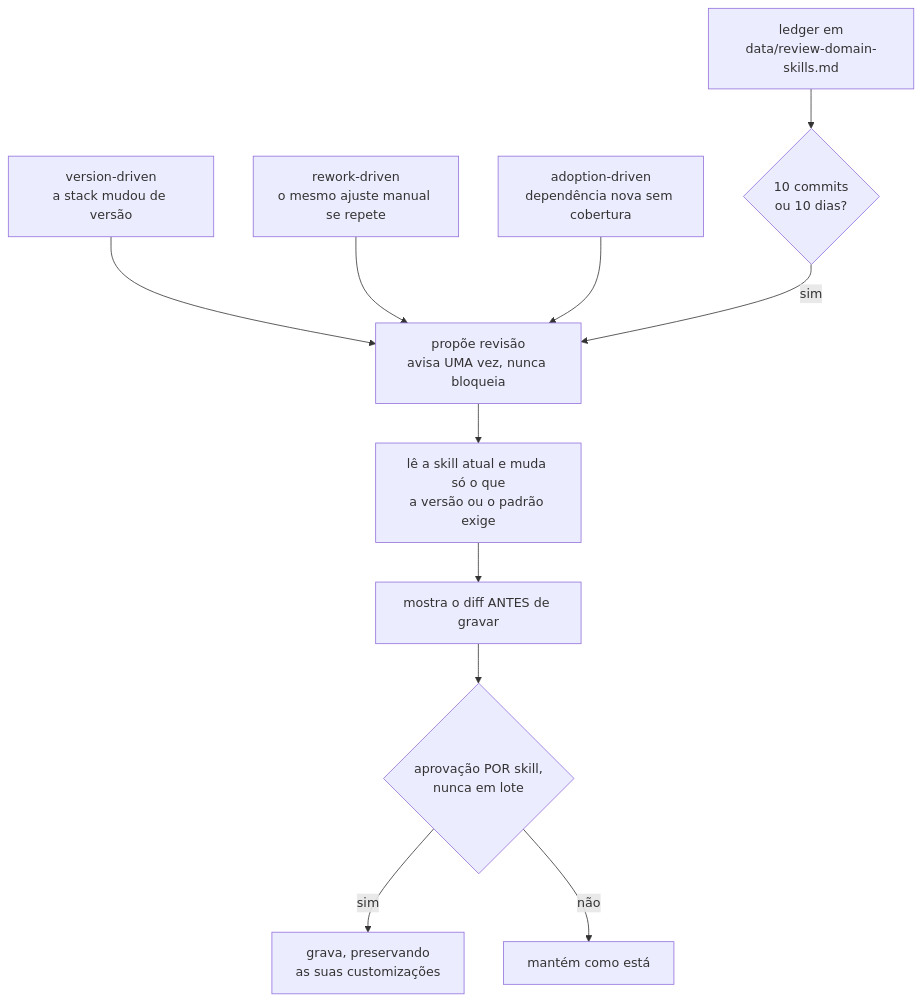
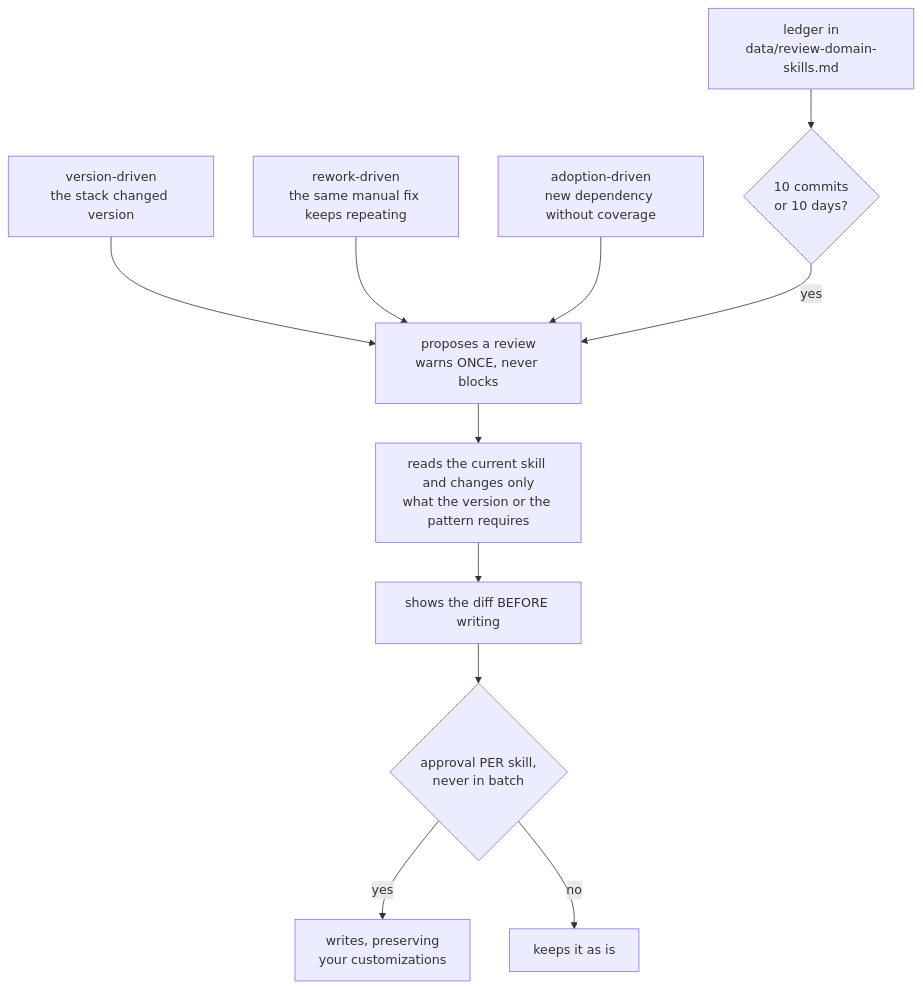
One commit to rpelizza/PelizzAI changed the seventh of 8 diagrams in README.md. Above: the diagram before and after it, drawn with Mermaid. The commit also changed other lines of this file and 362 other files, not shown here.

````diff
--- a/README.md
+++ b/README.md
@@ -396,13 +402,13 @@
 ```mermaid
 flowchart TD
-    VD["version-driven<br/>a stack mudou de versão"] --> PROP
-    RD["rework-driven<br/>o mesmo ajuste manual se repete"] --> PROP
-    AD["adoption-driven<br/>dependência nova sem cobertura"] --> PROP
-    LED["ledger em<br/>data/review-domain-skills.md"] --> NUD{"10 commits<br/>ou 10 dias?"}
-    NUD -- "sim" --> PROP["propõe revisão<br/>avisa UMA vez, nunca bloqueia"]
-    PROP --> READ["lê a skill atual e muda só o que<br/>a versão ou o padrão exige"]
-    READ --> DIFF["mostra o diff ANTES de gravar"]
-    DIFF --> APR{"aprovação POR skill,<br/>nunca em lote"}
-    APR -- "sim" --> W["grava, preservando<br/>as suas customizações"]
-    APR -- "não" --> SKIP["mantém como está"]
+    VD["version-driven<br/>the stack changed version"] --> PROP
+    RD["rework-driven<br/>the same manual fix keeps repeating"] --> PROP
+    AD["adoption-driven<br/>new dependency without coverage"] --> PROP
+    LED["ledger in<br/>data/review-domain-skills.md"] --> NUD{"10 commits<br/>or 10 days?"}
+    NUD -- "yes" --> PROP["proposes a review<br/>warns ONCE, never blocks"]
+    PROP --> READ["reads the current skill and changes only<br/>what the version or the pattern requires"]
+    READ --> DIFF["shows the diff BEFORE writing"]
+    DIFF --> APR{"approval PER skill,<br/>never in batch"}
+    APR -- "yes" --> W["writes, preserving<br/>your customizations"]
+    APR -- "no" --> SKIP["keeps it as is"]
 ```
````
